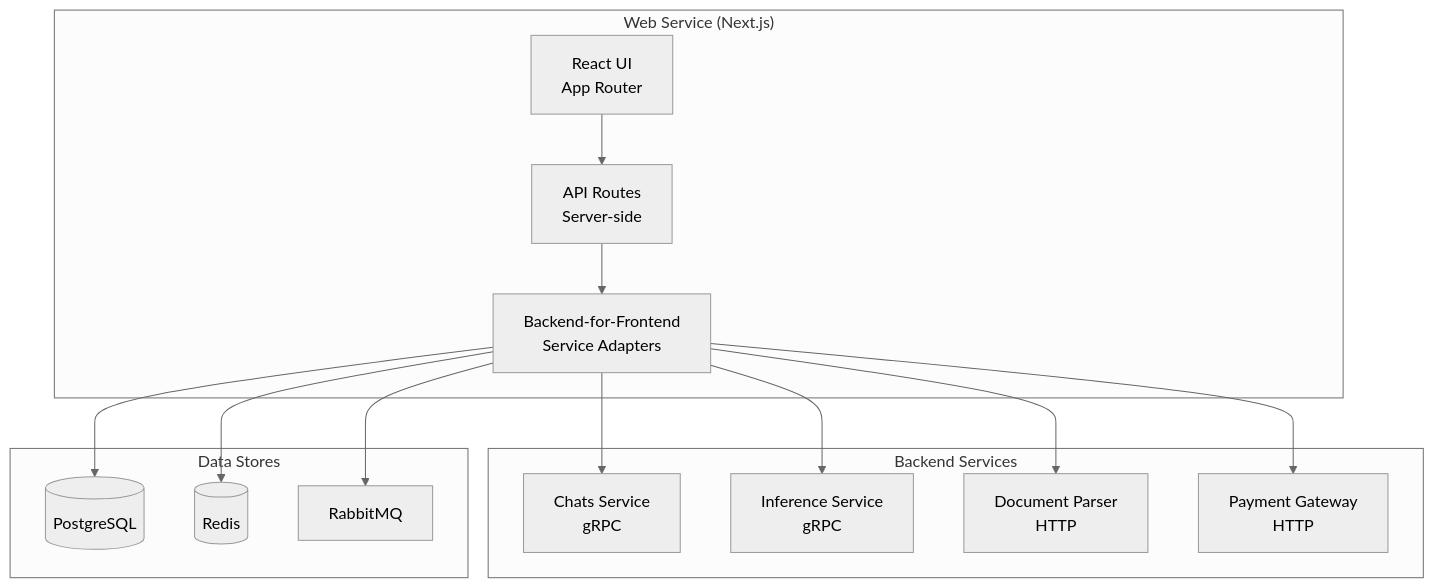
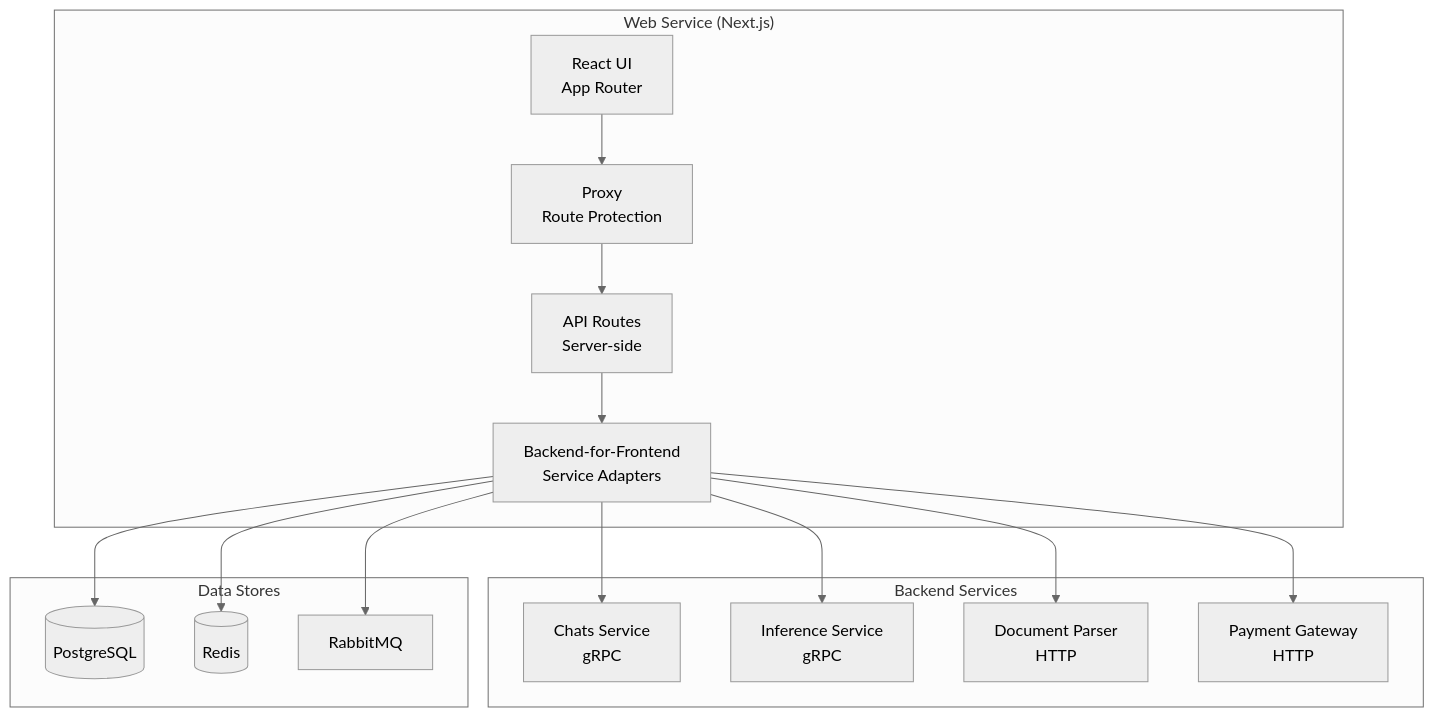
Before and after one commit to kunalPisolkar24/detectAI: the first of 4 diagrams in apps/web/docs/concepts/architecture.md, drawn with Mermaid (neutral theme). The commit also changed other lines of this file and 13 other files, not shown here.

````diff
--- a/apps/web/docs/concepts/architecture.md
+++ b/apps/web/docs/concepts/architecture.md
@@ -9,31 +9,33 @@
 ```mermaid
 graph TB
     subgraph "Web Service (Next.js)"
         UI[React UI<br/>App Router]
+        Proxy[Proxy<br/>Route Protection]
         API[API Routes<br/>Server-side]
         BFF[Backend-for-Frontend<br/>Service Adapters]
     end
 
     subgraph "Backend Services"
         Chats[Chats Service<br/>gRPC]
         Inference[Inference Service<br/>gRPC]
         DocParser[Document Parser<br/>HTTP]
         Payments[Payment Gateway<br/>HTTP]
     end
 
     subgraph "Data Stores"
         PG[(PostgreSQL)]
         Redis[(Redis)]
         RabbitMQ[RabbitMQ]
     end
 
-    UI --> API
+    UI --> Proxy
+    Proxy --> API
     API --> BFF
     BFF --> Chats
     BFF --> Inference
     BFF --> DocParser
     BFF --> Payments
     BFF --> PG
     BFF --> Redis
     BFF --> RabbitMQ
 ```
````
